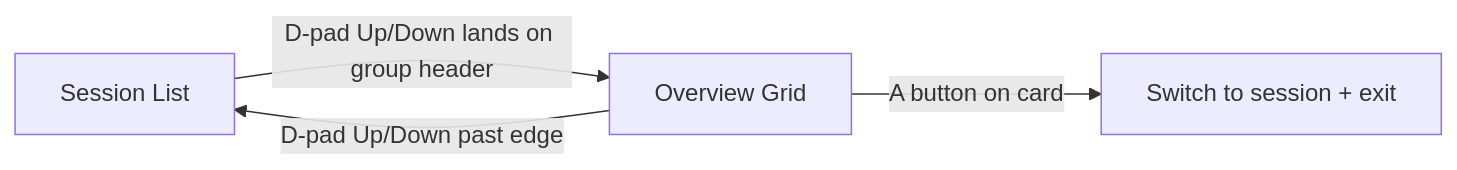
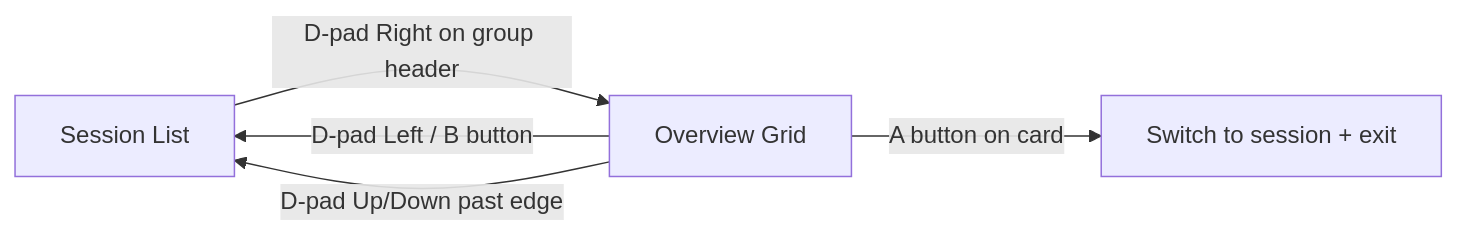
One commit to PetePeter/gamepad-cli-hub changed the first of 2 diagrams in docs/group-overview.md. Above: the diagram before and after it, drawn with Mermaid. The commit also changed other lines of this file and 4 other files, not shown here.

First line of the commit message:
fix: D-pad navigation no longer stuck at group headers

````diff
--- a/docs/group-overview.md
+++ b/docs/group-overview.md
@@ -11,6 +11,7 @@
 ```mermaid
 flowchart LR
-    A[Session List] -->|"D-pad Up/Down lands on group header"| B[Overview Grid]
+    A[Session List] -->|"D-pad Right on group header"| B[Overview Grid]
+    B -->|"D-pad Left / B button"| A
     B -->|"D-pad Up/Down past edge"| A
     B -->|"A button on card"| C[Switch to session + exit]
 ```
````
